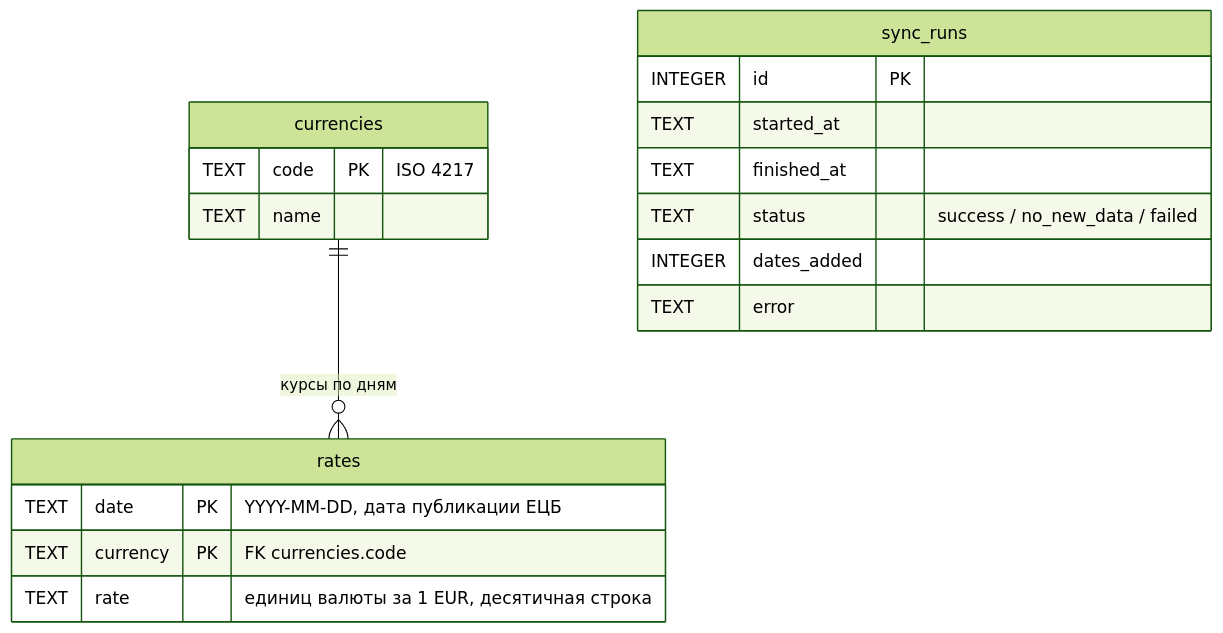
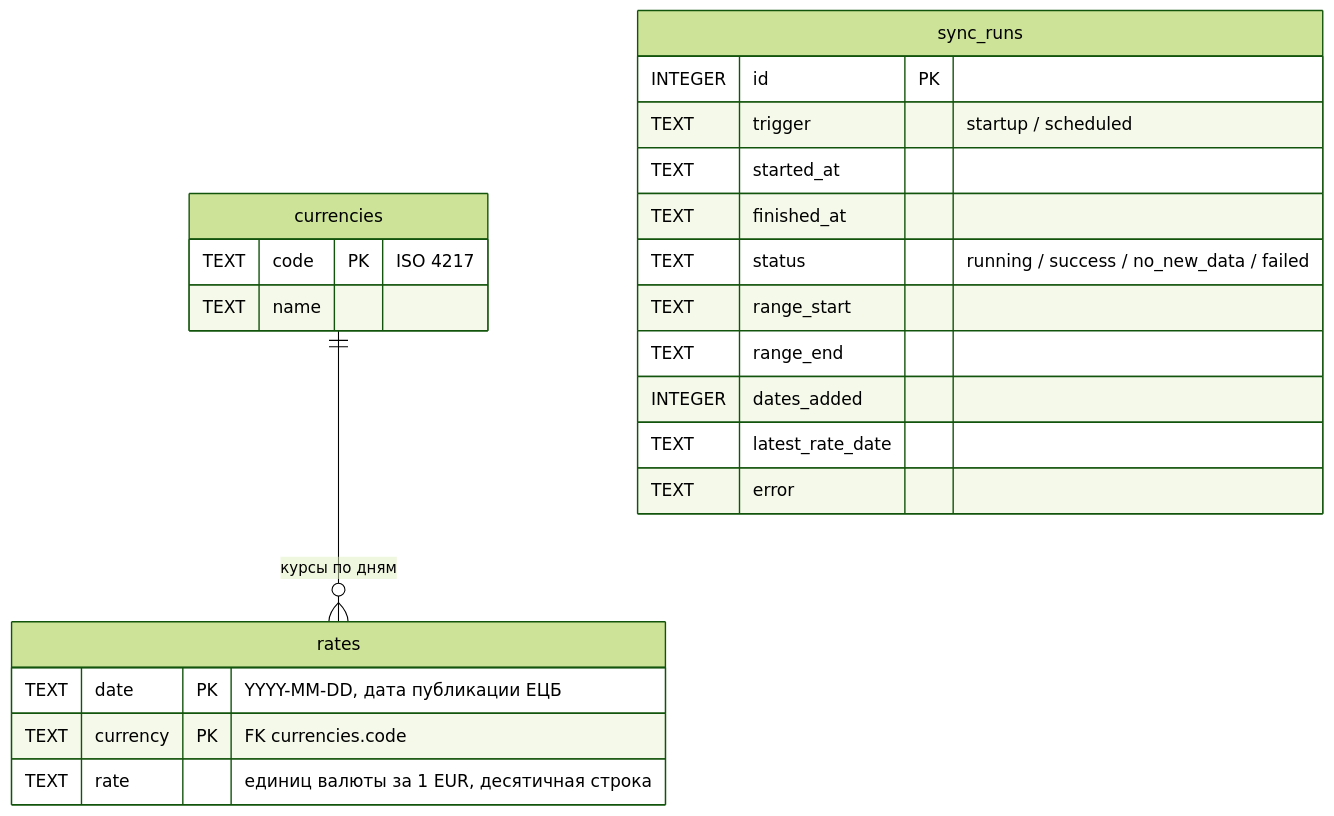
One commit to edwardjelenski/currency-converter changed the second of 7 diagrams in docs/architecture.md. Above: the diagram before and after it, drawn with Mermaid (forest theme). The commit also changed other lines of this file and 6 other files, not shown here.

````diff
--- a/docs/architecture.md
+++ b/docs/architecture.md
@@ -242,21 +278,25 @@
 ```mermaid
 erDiagram
     currencies ||--o{ rates : "курсы по дням"
     currencies {
         TEXT code PK "ISO 4217"
         TEXT name
     }
     rates {
         TEXT date PK "YYYY-MM-DD, дата публикации ЕЦБ"
         TEXT currency PK "FK currencies.code"
         TEXT rate "единиц валюты за 1 EUR, десятичная строка"
     }
     sync_runs {
         INTEGER id PK
+        TEXT trigger "startup / scheduled"
         TEXT started_at
         TEXT finished_at
-        TEXT status "success / no_new_data / failed"
+        TEXT status "running / success / no_new_data / failed"
+        TEXT range_start
+        TEXT range_end
         INTEGER dates_added
+        TEXT latest_rate_date
         TEXT error
     }
 ```
````
